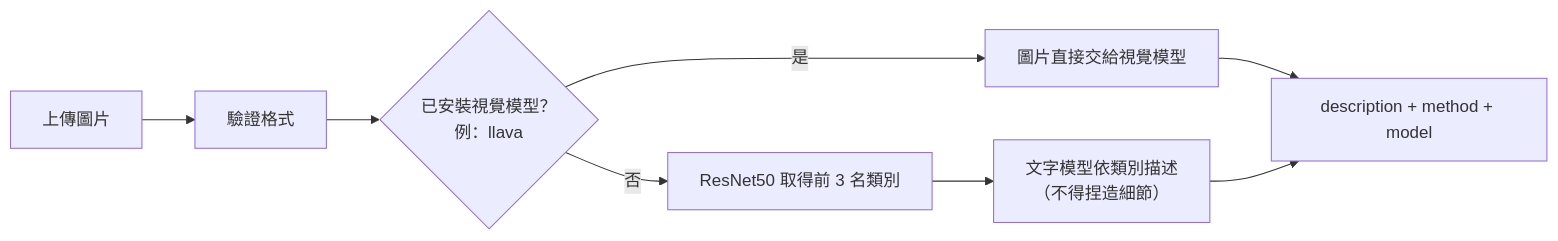
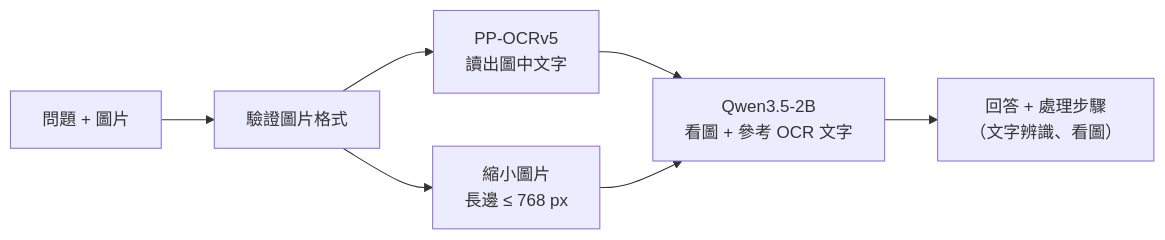
Before and after one commit to reedlin2002/Local_API_AI: the third of 4 diagrams in README.md, drawn with Mermaid. The commit also changed other lines of this file and 1 other file, not shown here.

Commit message:
docs: document model choice by hardware and before/after measurements

````diff
--- a/README.md
+++ b/README.md
@@ -148,10 +128,9 @@
 ```mermaid
 flowchart LR
-    A["上傳圖片"] --> B["驗證格式"]
-    B --> C{"已安裝視覺模型？<br/>例：llava"}
-    C -->|是| D["圖片直接交給視覺模型"]
-    C -->|否| E["ResNet50 取得前 3 名類別"]
-    E --> F["文字模型依類別描述<br/>（不得捏造細節）"]
-    D --> G["description + method + model"]
-    F --> G
+    A["問題 + 圖片"] --> B["驗證圖片格式"]
+    B --> C["PP-OCRv5<br/>讀出圖中文字"]
+    B --> D["縮小圖片<br/>長邊 ≤ 768 px"]
+    C --> E["Qwen3.5-2B<br/>看圖 + 參考 OCR 文字"]
+    D --> E
+    E --> F["回答 + 處理步驟<br/>（文字辨識、看圖）"]
 ```
````
